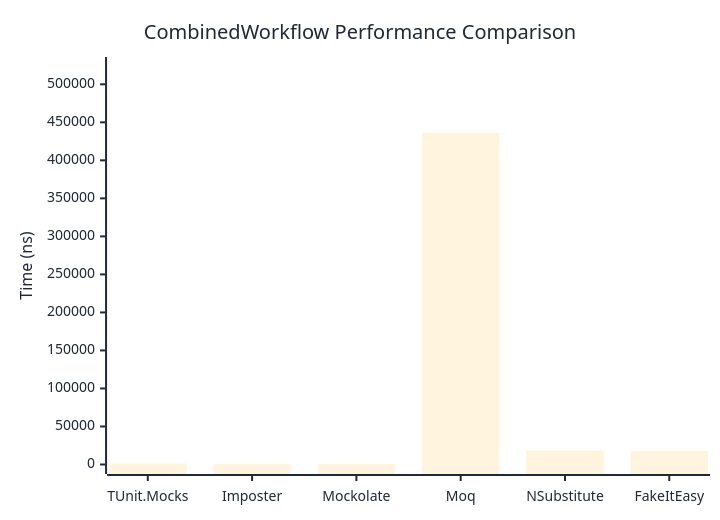
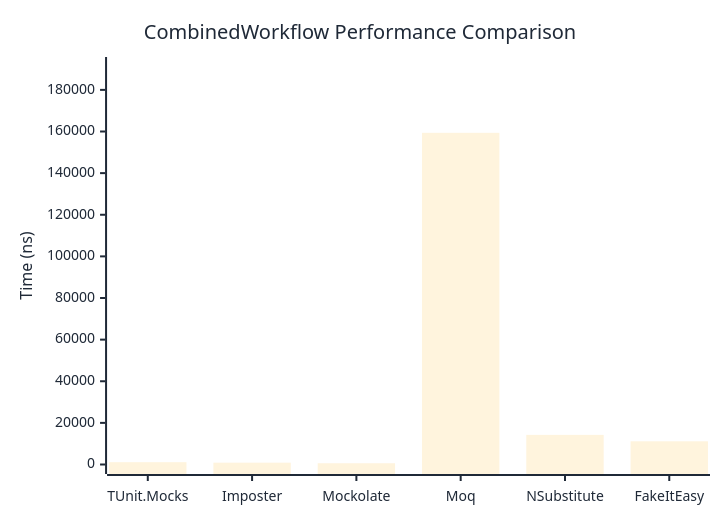
The diagram in docs/docs/benchmarks/mocks/CombinedWorkflow.md (thomhurst/TUnit), drawn with Mermaid before and after one commit. The commit also changed other lines of this file and 14 other files, not shown here.

````diff
--- a/docs/docs/benchmarks/mocks/CombinedWorkflow.md
+++ b/docs/docs/benchmarks/mocks/CombinedWorkflow.md
@@ -30,27 +30,27 @@
 ```mermaid
 %%{init: {
   'theme':'base',
   'themeVariables': {
     'primaryColor': '#2563eb',
     'primaryTextColor': '#1f2937',
     'primaryBorderColor': '#1e40af',
     'lineColor': '#6b7280',
     'secondaryColor': '#7c3aed',
     'tertiaryColor': '#dc2626',
     'background': '#ffffff',
     'pie1': '#2563eb',
     'pie2': '#7c3aed',
     'pie3': '#dc2626',
     'pie4': '#f59e0b',
     'pie5': '#10b981',
     'pie6': '#06b6d4',
     'pie7': '#ec4899',
     'pie8': '#6366f1'
   }
 }}%%
 xychart-beta
   title "CombinedWorkflow Performance Comparison"
   x-axis ["TUnit.Mocks", "Imposter", "Mockolate", "Moq", "NSubstitute", "FakeItEasy"]
-  y-axis "Time (ns)" 0 --> 523410
-  bar [1210.4, 872.1, 652.5, 436174.6, 18332.5, 17566.2]
+  y-axis "Time (ns)" 0 --> 191234
+  bar [1115.7, 880.6, 602.7, 159361.5, 14231.6, 11146.4]
 ```
````
